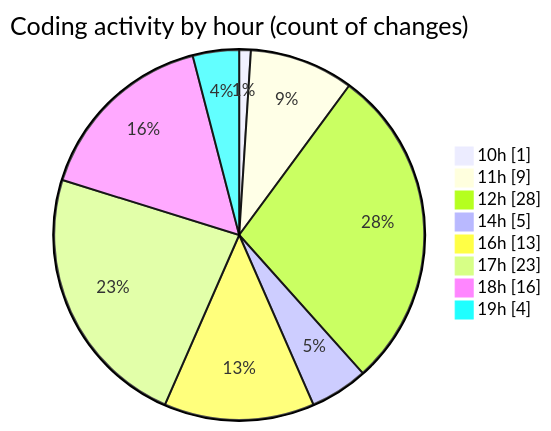
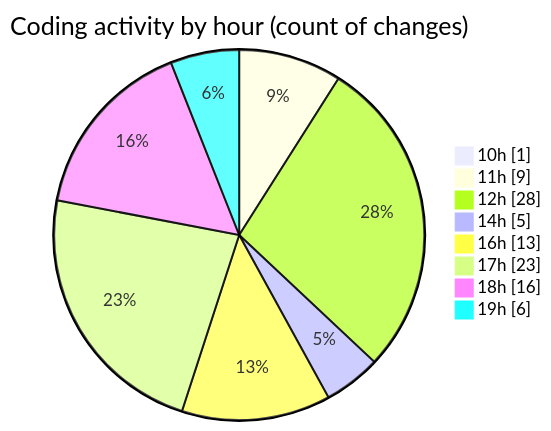
Before and after one commit to nxtqubesakshisongat/code-tracking: the second of 2 diagrams in 2025-07-10/argos/README.md, drawn with Mermaid. The commit also changed other lines of this file and 1 other file, not shown here.

````diff
--- a/2025-07-10/argos/README.md
+++ b/2025-07-10/argos/README.md
@@ -34,12 +34,12 @@
 ```mermaid
 pie showData
 title Coding activity by hour (count of changes)
 "10h" : 1
 "11h" : 9
 "12h" : 28
 "14h" : 5
 "16h" : 13
 "17h" : 23
 "18h" : 16
-"19h" : 4
+"19h" : 6
 ```
````
